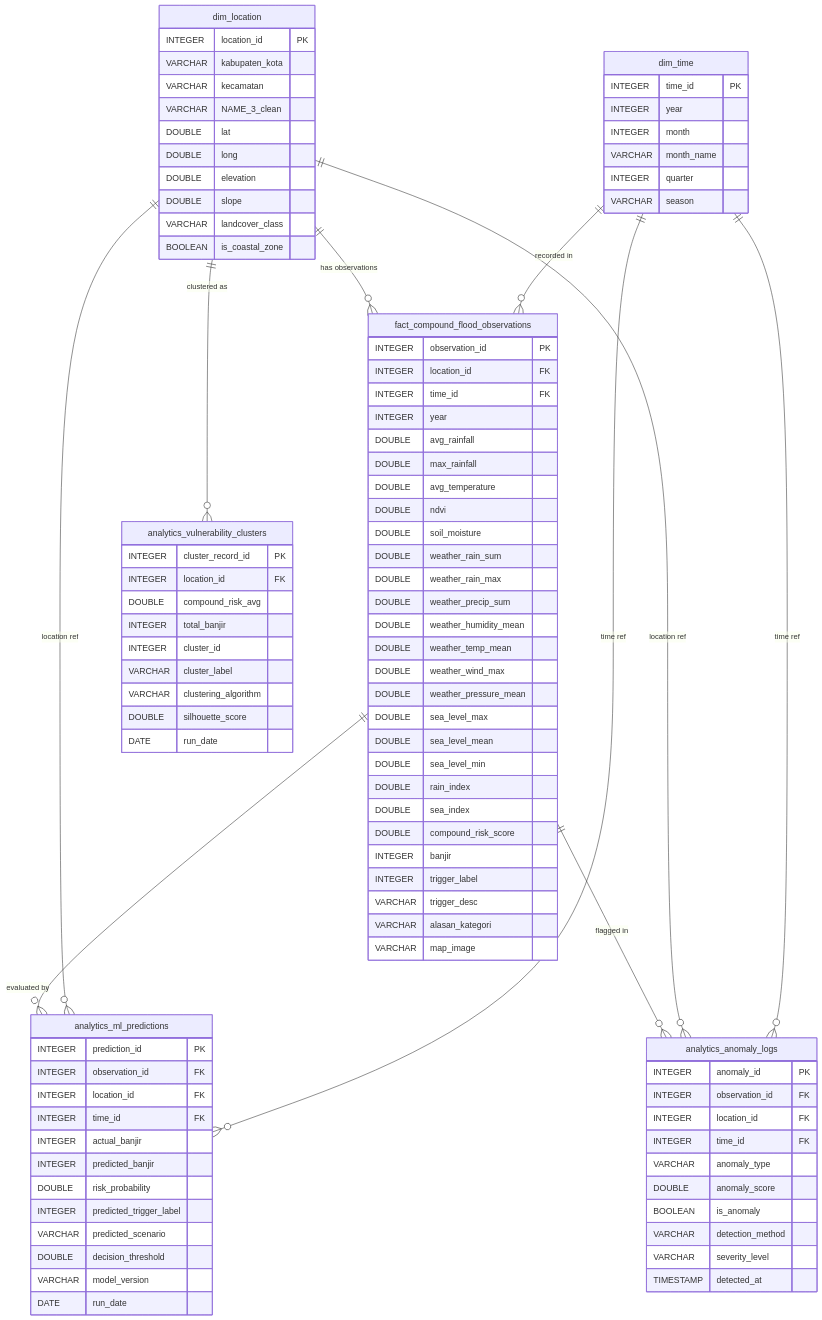
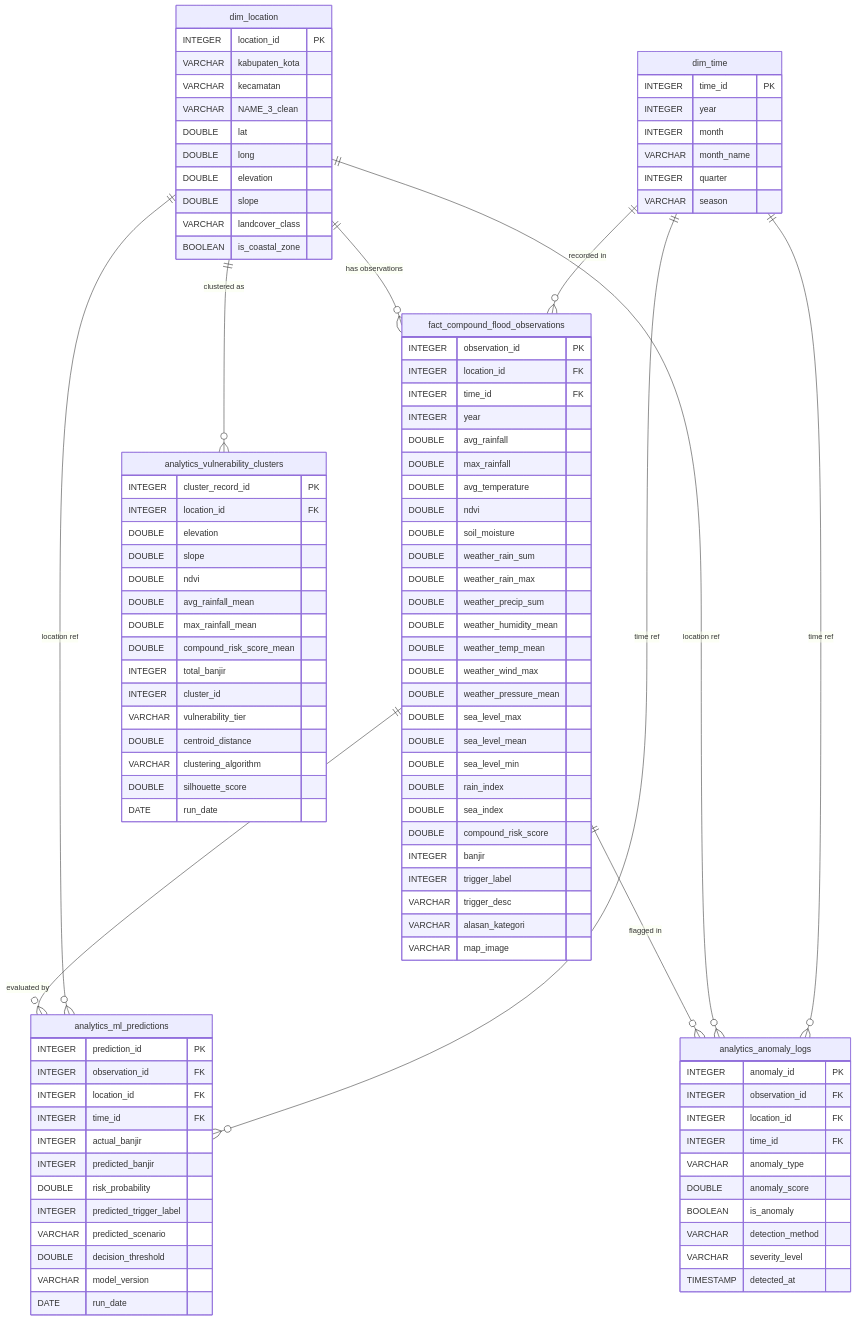
Before and after one commit to Ade-Nugraha48/jabodetabek-compound-flood-bi: the diagram in README.md, drawn with Mermaid. The commit also changed 3 other files, not shown here.

```diff
--- a/README.md
+++ b/README.md
@@ -88,10 +88,16 @@
     analytics_vulnerability_clusters {
         INTEGER cluster_record_id PK
         INTEGER location_id FK
-        DOUBLE compound_risk_avg
+        DOUBLE elevation
+        DOUBLE slope
+        DOUBLE ndvi
+        DOUBLE avg_rainfall_mean
+        DOUBLE max_rainfall_mean
+        DOUBLE compound_risk_score_mean
         INTEGER total_banjir
         INTEGER cluster_id
-        VARCHAR cluster_label
+        VARCHAR vulnerability_tier
+        DOUBLE centroid_distance
         VARCHAR clustering_algorithm
         DOUBLE silhouette_score
         DATE run_date
```
